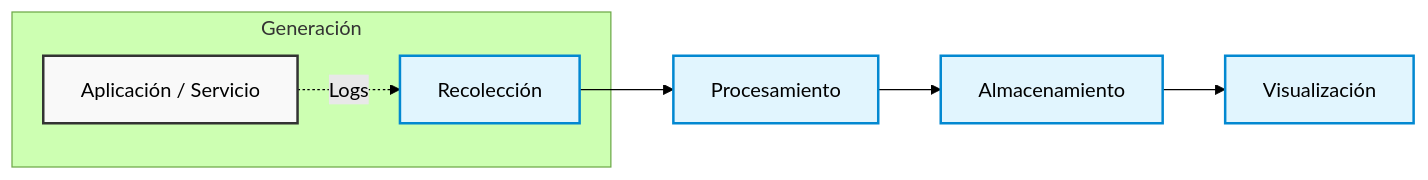
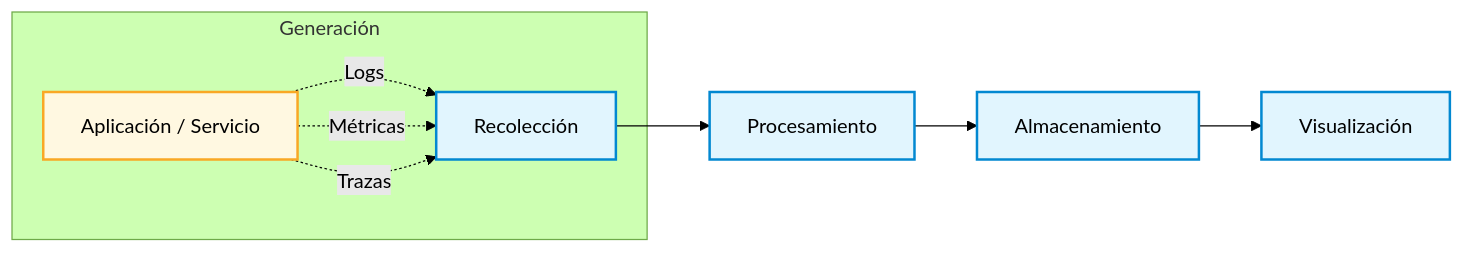
One commit to christiancandela/logs-centralizados changed the diagram in readme.md. Above: the diagram before and after it, drawn with Mermaid (forest theme). The commit also changed other lines of this file and 35 other files, not shown here.

````diff
--- a/readme.md
+++ b/readme.md
@@ -94,14 +107,18 @@
 ```mermaid
 graph LR
     A[Recolección] --> B[Procesamiento]
     B --> C[Almacenamiento]
     C --> D[Visualización]
-    
+
     subgraph Generación
-    E[Aplicación / Servicio] -. Logs .-> A
+        E[Aplicación / Servicio] -. Logs .-> A
+        E -. Métricas .-> A
+        E -. Trazas .-> A
     end
-    
+
     classDef default fill:#f9f9f9,stroke:#333,stroke-width:2px;
     classDef proc fill:#e1f5fe,stroke:#0288d1;
+    classDef gen fill:#fff8e1,stroke:#f9a825;
     class A,B,C,D proc;
+    class E gen;
 ```
````
